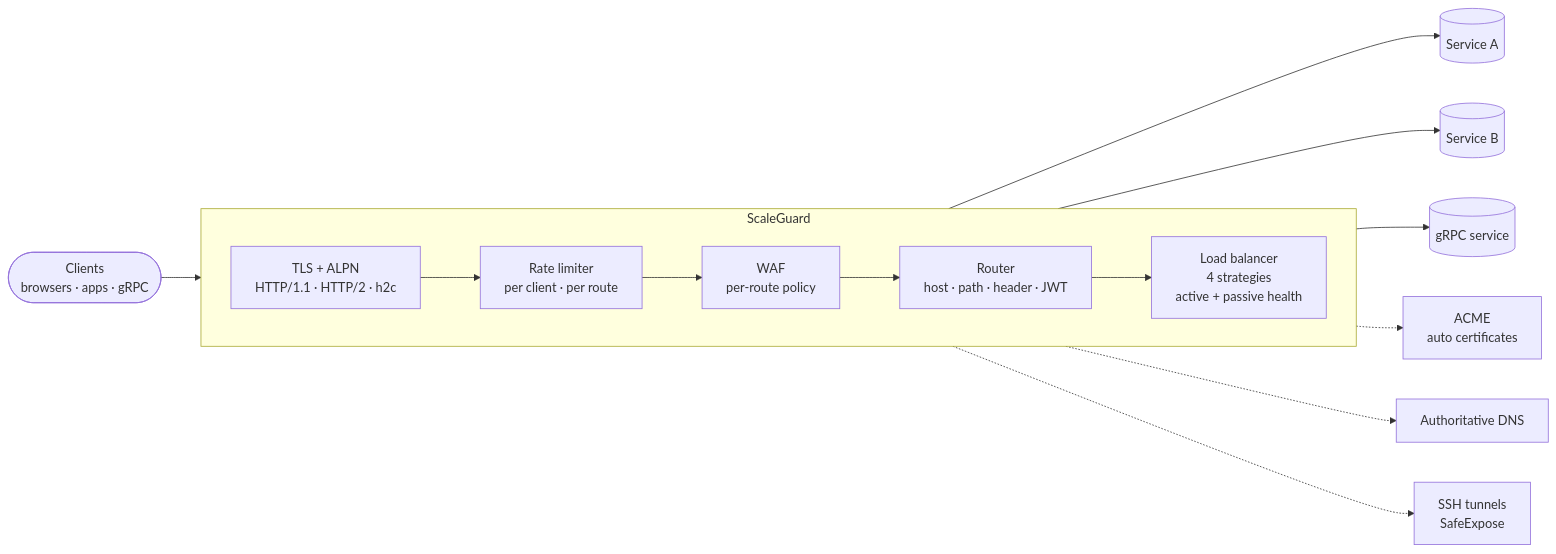
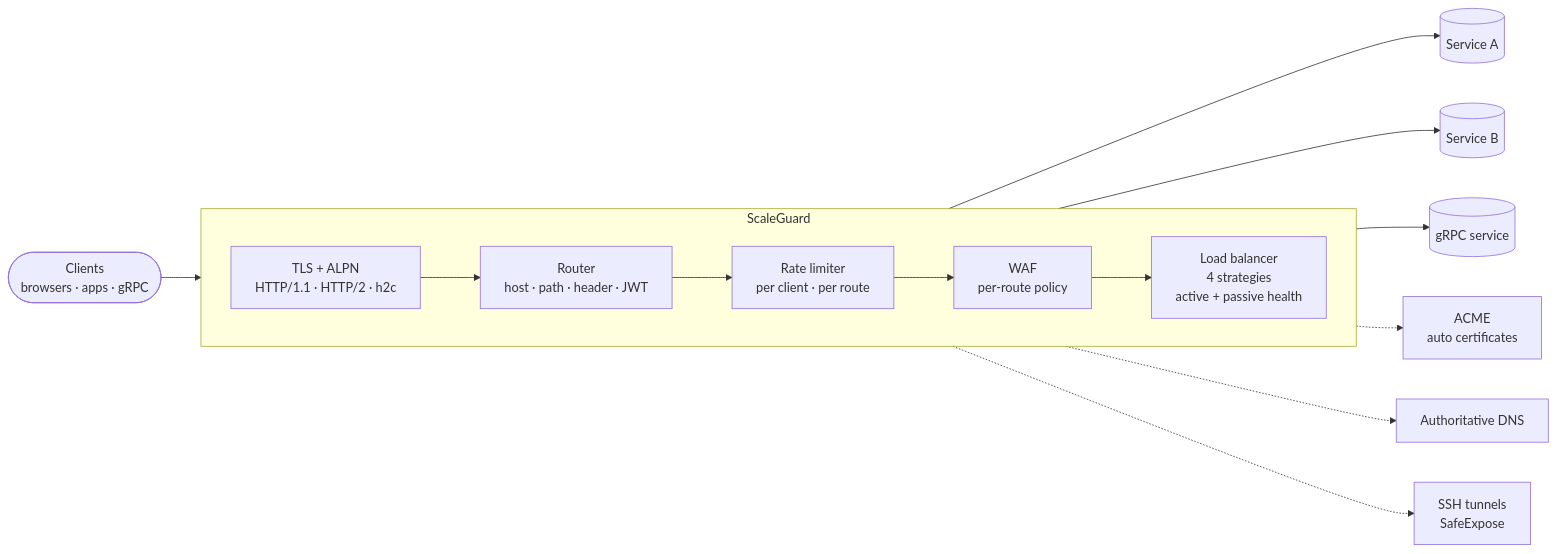
The diagram in README.md (dhaneeshtb/scaleguard), drawn with Mermaid before and after one commit. The commit also changed other lines of this file and 23 other files, not shown here.

````diff
--- a/README.md
+++ b/README.md
@@ -32,17 +39,17 @@
 ```mermaid
 flowchart LR
     C([Clients<br/>browsers · apps · gRPC]) --> T
     subgraph SG [ScaleGuard]
         direction LR
-        T[TLS + ALPN<br/>HTTP/1.1 · HTTP/2 · h2c] --> R[Rate limiter<br/>per client · per route]
+        T[TLS + ALPN<br/>HTTP/1.1 · HTTP/2 · h2c] --> M[Router<br/>host · path · header · JWT]
+        M --> R[Rate limiter<br/>per client · per route]
         R --> W[WAF<br/>per-route policy]
-        W --> M[Router<br/>host · path · header · JWT]
-        M --> L[Load balancer<br/>4 strategies<br/>active + passive health]
+        W --> L[Load balancer<br/>4 strategies<br/>active + passive health]
     end
     L --> B1[(Service A)]
     L --> B2[(Service B)]
     L --> B3[(gRPC service)]
     SG -.-> A[ACME<br/>auto certificates]
     SG -.-> D[Authoritative DNS]
     SG -.-> S[SSH tunnels<br/>SafeExpose]
 ```
````
